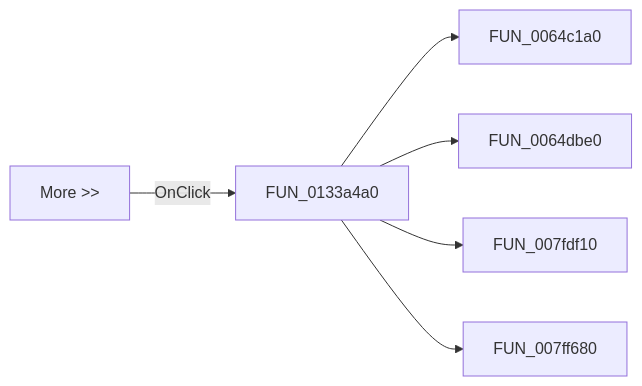
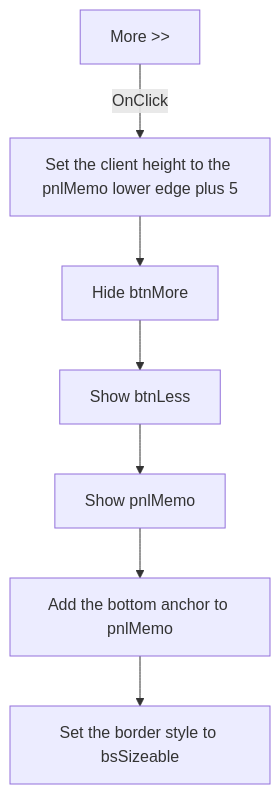
Before and after one commit to MovGP0/TIARA: the diagram in docs/ui-controls/frmtranconverror/btnmore-aeea597226.md, drawn with Mermaid. The commit also changed other lines of this file and 387 other files, not shown here.

````diff
--- a/docs/ui-controls/frmtranconverror/btnmore-aeea597226.md
+++ b/docs/ui-controls/frmtranconverror/btnmore-aeea597226.md
@@ -27,8 +41,9 @@
 ```mermaid
-flowchart LR
-    control["More >>"] -->|OnClick| handler["FUN_0133a4a0"]
-    handler --> call1["FUN_0064c1a0"]
-    handler --> call2["FUN_0064dbe0"]
-    handler --> call3["FUN_007fdf10"]
-    handler --> call4["FUN_007ff680"]
+flowchart TD
+    control["More >>"] -->|OnClick| grow["Set the client height to the pnlMemo lower edge plus 5"]
+    grow --> moreButton["Hide btnMore"]
+    moreButton --> lessButton["Show btnLess"]
+    lessButton --> detailPanel["Show pnlMemo"]
+    detailPanel --> anchors["Add the bottom anchor to pnlMemo"]
+    anchors --> border["Set the border style to bsSizeable"]
 ```
````
